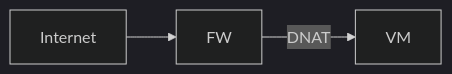
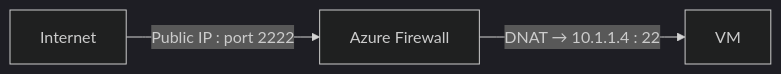
The fifth of 10 diagrams in azure-firewall.md (atulkamble/Azure-Firewall), drawn with Mermaid (dark theme) before and after one commit. The commit also changed other lines of this file, not shown here.

````diff
--- a/azure-firewall.md
+++ b/azure-firewall.md
@@ -125,5 +131,5 @@
 ```mermaid
 flowchart LR
-    Internet --> FW
-    FW -->|DNAT| VM
+    Internet -->|"Public IP : port 2222"| FW[Azure Firewall]
+    FW -->|"DNAT → 10.1.1.4 : 22"| VM
 ```
````
